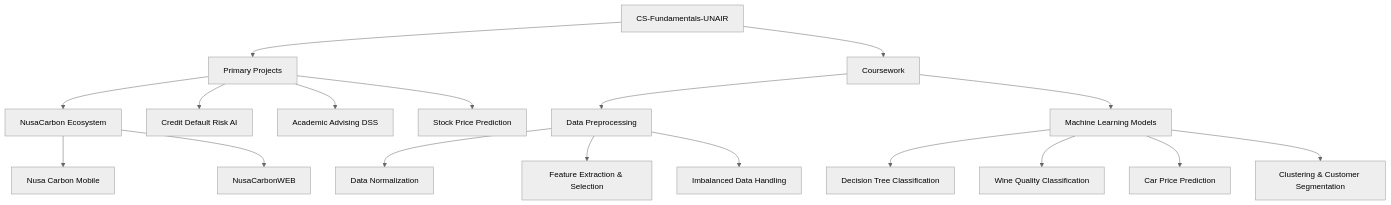
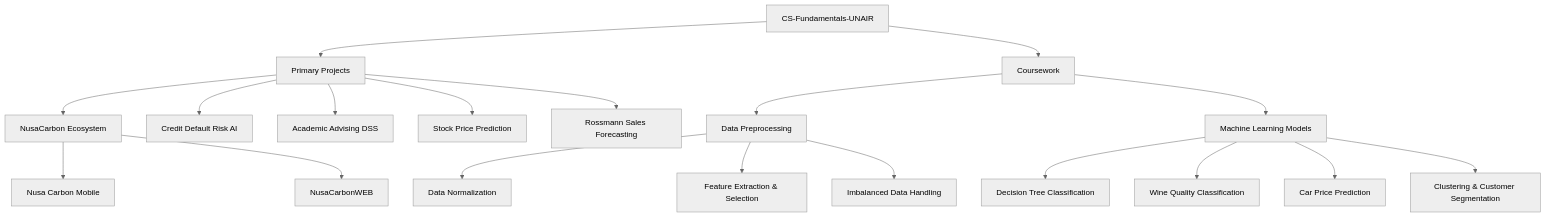
Before and after one commit to mnaufalzaki/CS-Fundamentals-UNAIR: the diagram in README.md, drawn with Mermaid (neutral theme). The commit also changed other lines of this file and 16 other files, not shown here.

Commit message:
Add Rossmann Sales Forecasting benchmark, paper docs, and checkpoint/resume support

````diff
--- a/README.md
+++ b/README.md
@@ -22,23 +22,24 @@
 ```mermaid
 flowchart TD
     Root[CS-Fundamentals-UNAIR] --> Primary[Primary Projects]
     Root --> Coursework[Coursework]
 
     Primary --> P1[NusaCarbon Ecosystem]
     P1 --> P1a[Nusa Carbon Mobile]
     P1 --> P1b[NusaCarbonWEB]
     Primary --> P2[Credit Default Risk AI]
     Primary --> P3[Academic Advising DSS]
     Primary --> P4[Stock Price Prediction]
+    Primary --> P5[Rossmann Sales Forecasting]
 
     Coursework --> C1[Data Preprocessing]
     C1 --> D1[Data Normalization]
     C1 --> D2[Feature Extraction & Selection]
     C1 --> D3[Imbalanced Data Handling]
 
     Coursework --> C2[Machine Learning Models]
     C2 --> D4[Decision Tree Classification]
     C2 --> D5[Wine Quality Classification]
     C2 --> D6[Car Price Prediction]
     C2 --> D7[Clustering & Customer Segmentation]
 ```
````
